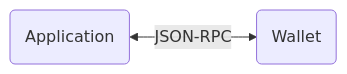
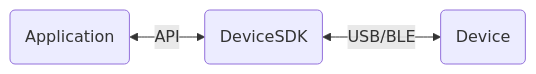
The diagram in README.md (LedgerHQ/device-sdk-ts), drawn with Mermaid before and after one commit. The commit also changed other lines of this file and 2 other files, not shown here.

````diff
--- a/README.md
+++ b/README.md
@@ -54,4 +62,4 @@
 ```mermaid
   flowchart LR;
-      application(Application) <--JSON-RPC--> wallet(Wallet);
+      application(Application) <--API--> DSDK(DeviceSDK) <--USB/BLE--> device(Device);
 ```
````
